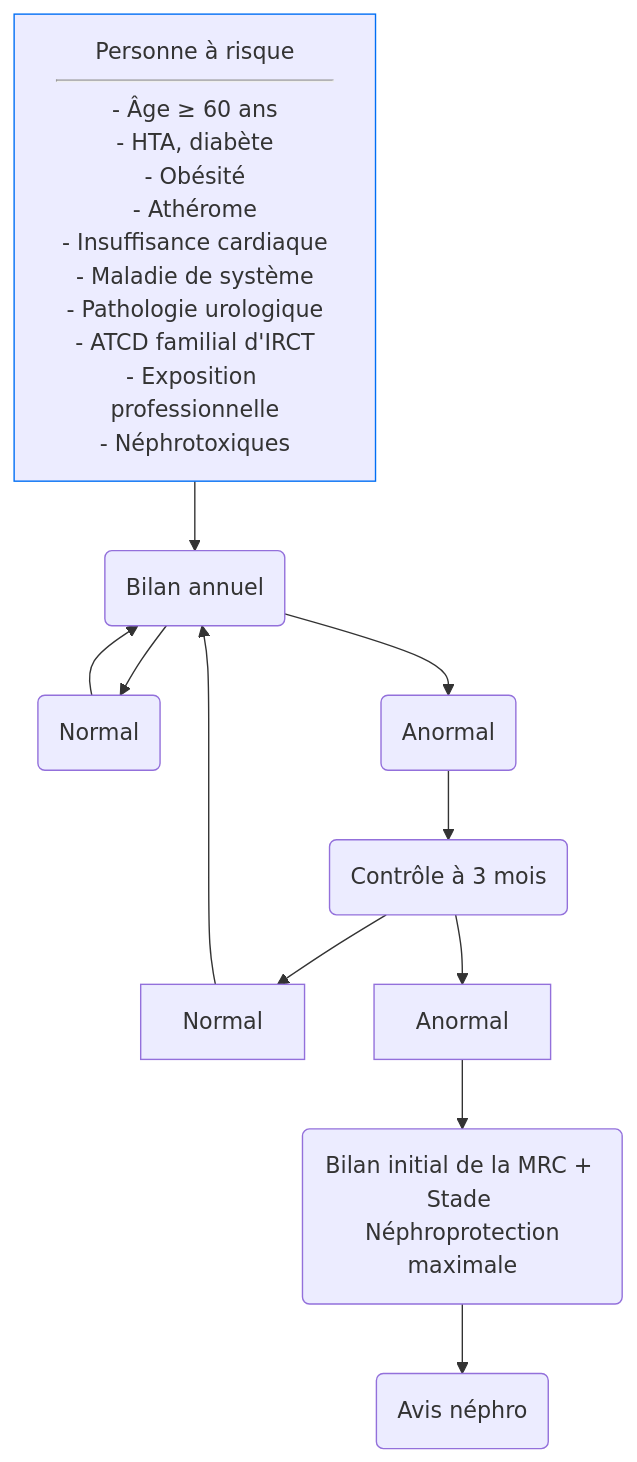
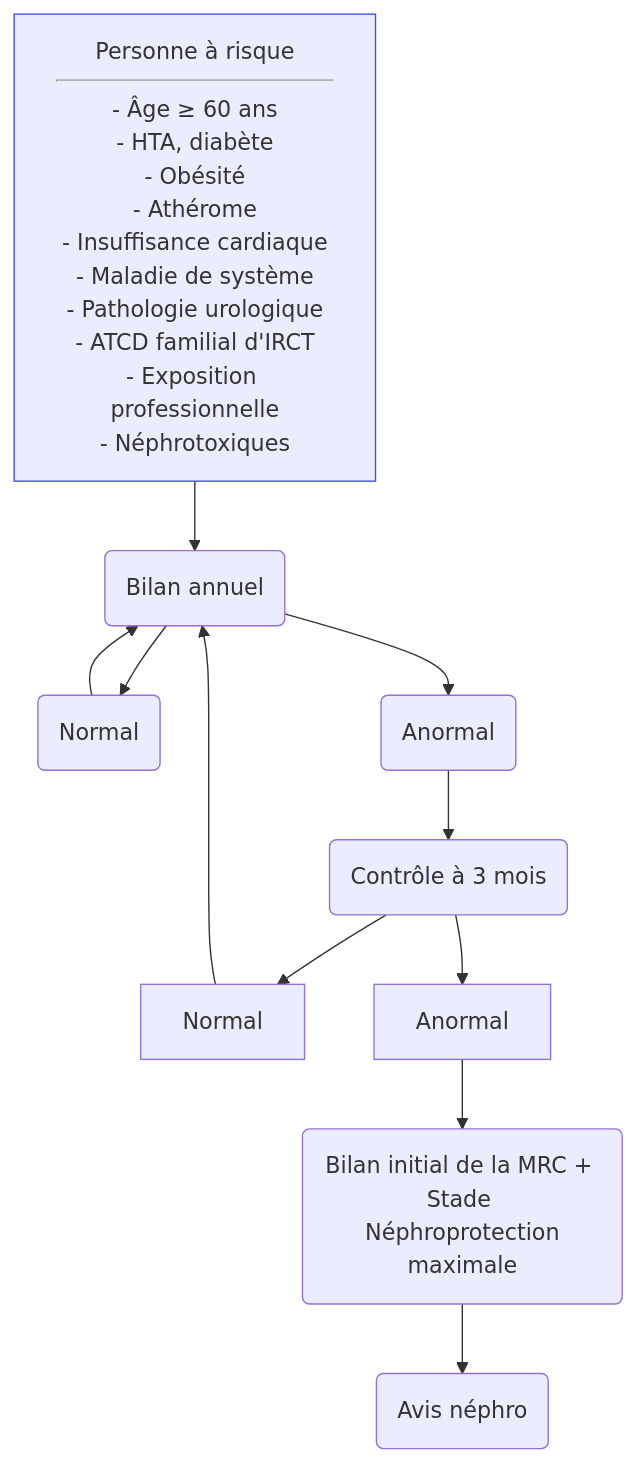
The diagram in content/recommandations/insuffisance-renale-chronique.md (djibe/recommandations-medicales), drawn with Mermaid before and after one commit. The commit also changed 58 other files, not shown here.

```diff
--- a/content/recommandations/insuffisance-renale-chronique.md
+++ b/content/recommandations/insuffisance-renale-chronique.md
@@ -208,14 +208,14 @@
 {{< mermaid title="Conduite à tenir pour le dépistage de la maladie rénale chronique. Dr JB FRON d'après HAS 2012" >}}
 graph TB
 fdr["Personne à risque<hr>- Âge ≥ 60 ans<br>- HTA, diabète<br>- Obésité<br>- Athérome<br>- Insuffisance cardiaque<br>- Maladie de système<br>- Pathologie urologique<br>- ATCD familial d'IRCT<br>- Exposition professionnelle<br>- Néphrotoxiques"] --> 2(Bilan annuel)
-style fdr stroke:#006ef4, stroke-width:1px
+style fdr stroke:#4150f5, stroke-width:1px
 2 --> 3N(Normal)
   3N --> 2
 2 --> 3A(Anormal)
 3A --> 4(Contrôle à 3 mois)
 4 --> Normal
   Normal --> 2
 4 --> Anormal
 Anormal --> bilan(Bilan initial de la MRC + Stade <br> Néphroprotection maximale)
 bilan --> 7(Avis néphro)
 {{< /mermaid >}}
```
